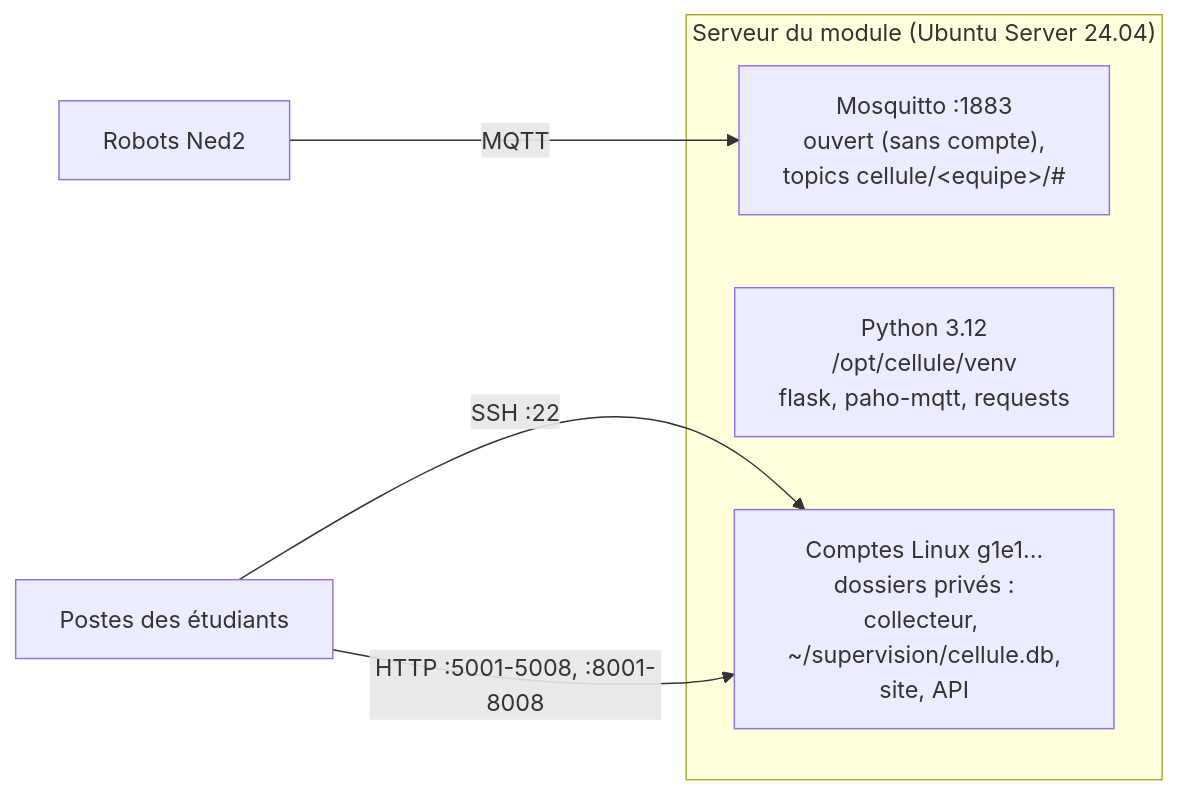
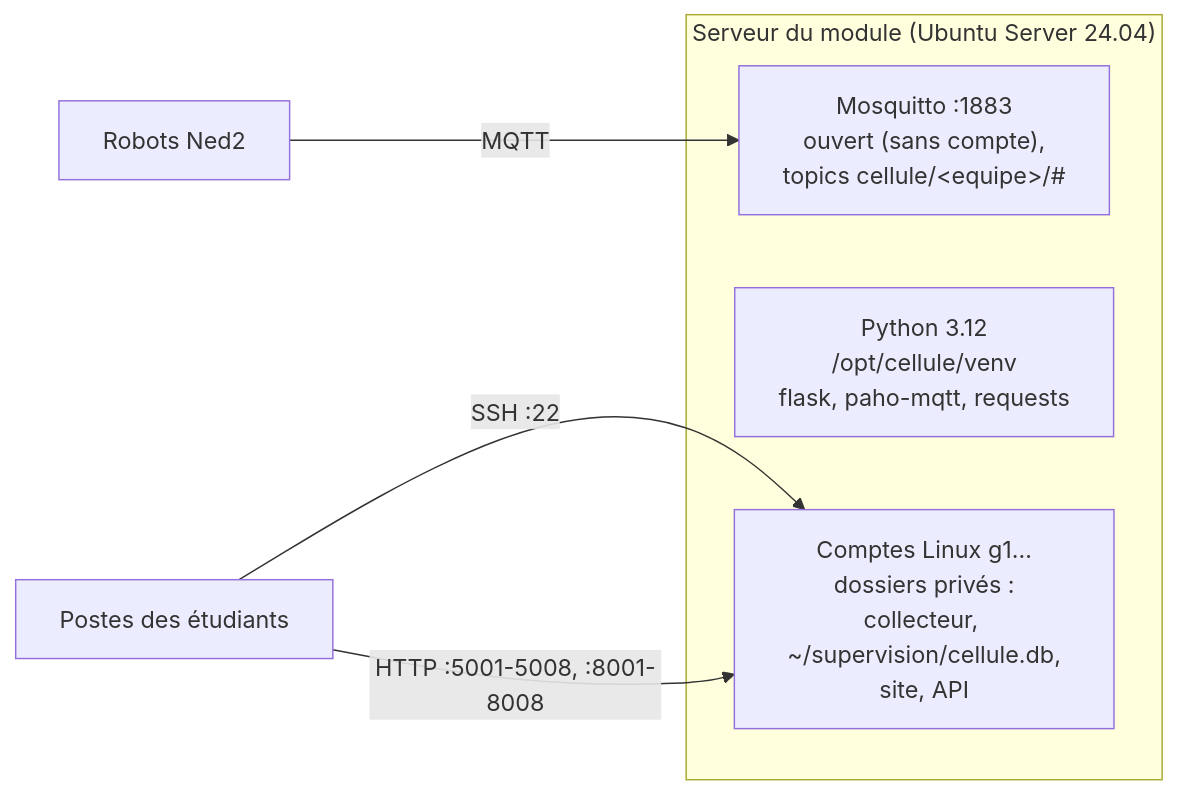
The diagram in install/README.md (fabrice1618/niryo2), drawn with Mermaid before and after one commit. The commit also changed 37 other files, not shown here.

````diff
--- a/install/README.md
+++ b/install/README.md
@@ -16,11 +16,11 @@
 ```mermaid
 flowchart LR
     subgraph SRV["Serveur du module (Ubuntu Server 24.04)"]
         MQ["Mosquitto :1883<br/>ouvert (sans compte),<br/>topics cellule/&lt;equipe&gt;/#"]
         PY["Python 3.12<br/>/opt/cellule/venv<br/>flask, paho-mqtt, requests"]
-        HOME["Comptes Linux g1e1…<br/>dossiers privés :<br/>collecteur, ~/supervision/cellule.db,<br/>site, API"]
+        HOME["Comptes Linux g1…<br/>dossiers privés :<br/>collecteur, ~/supervision/cellule.db,<br/>site, API"]
     end
     ROB["Robots Ned2"] -- "MQTT" --> MQ
     PC["Postes des étudiants"] -- "SSH :22" --> HOME
     PC -- "HTTP :5001-5008, :8001-8008" --> HOME
 ```
````
